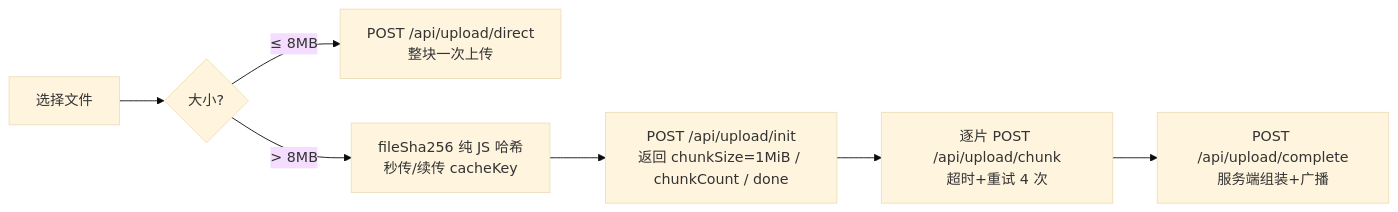
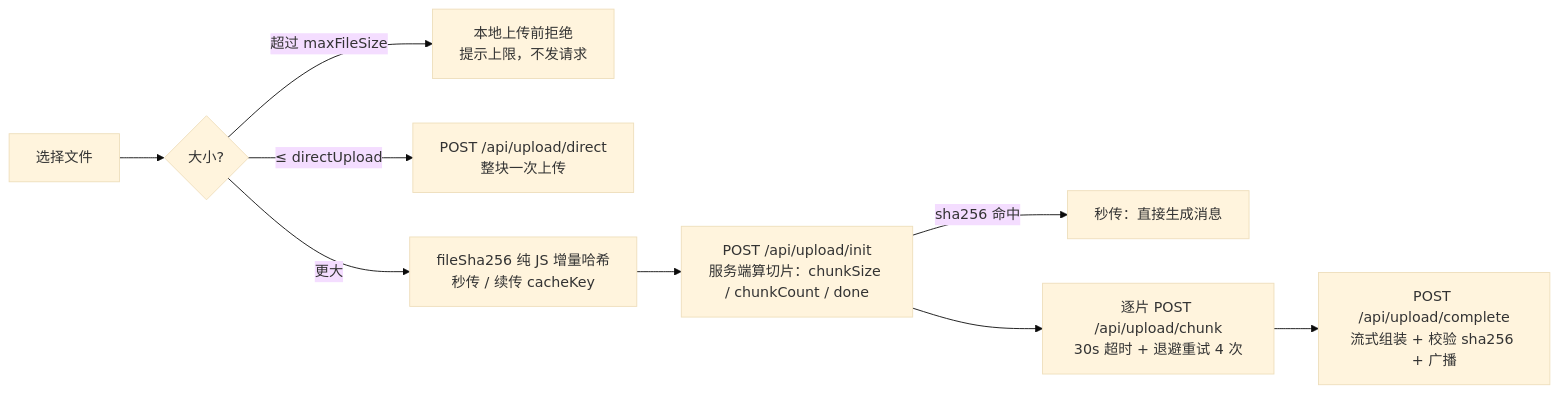
The second of 2 diagrams in README.md (NoRainLand/filesyncEX), drawn with Mermaid (base theme) before and after one commit. The commit also changed other lines of this file and 3 other files, not shown here.

````diff
--- a/README.md
+++ b/README.md
@@ -156,9 +201,11 @@
 ```mermaid
 flowchart LR
     F[选择文件] --> A{大小?}
-    A -- ≤ 8MB --> D[POST /api/upload/direct<br/>整块一次上传]
-    A -- > 8MB --> H[fileSha256 纯 JS 哈希<br/>秒传/续传 cacheKey]
-    H --> I[POST /api/upload/init<br/>返回 chunkSize=1MiB / chunkCount / done]
-    I --> C[逐片 POST /api/upload/chunk<br/>超时+重试 4 次]
-    C --> CP[POST /api/upload/complete<br/>服务端组装+广播]
+    A -- 超过 maxFileSize --> X[本地上传前拒绝<br/>提示上限，不发请求]
+    A -- ≤ directUpload --> D[POST /api/upload/direct<br/>整块一次上传]
+    A -- 更大 --> H[fileSha256 纯 JS 增量哈希<br/>秒传 / 续传 cacheKey]
+    H --> I[POST /api/upload/init<br/>服务端算切片：chunkSize / chunkCount / done]
+    I -- sha256 命中 --> S[秒传：直接生成消息]
+    I --> C[逐片 POST /api/upload/chunk<br/>30s 超时 + 退避重试 4 次]
+    C --> CP[POST /api/upload/complete<br/>流式组装 + 校验 sha256 + 广播]
 ```
````
